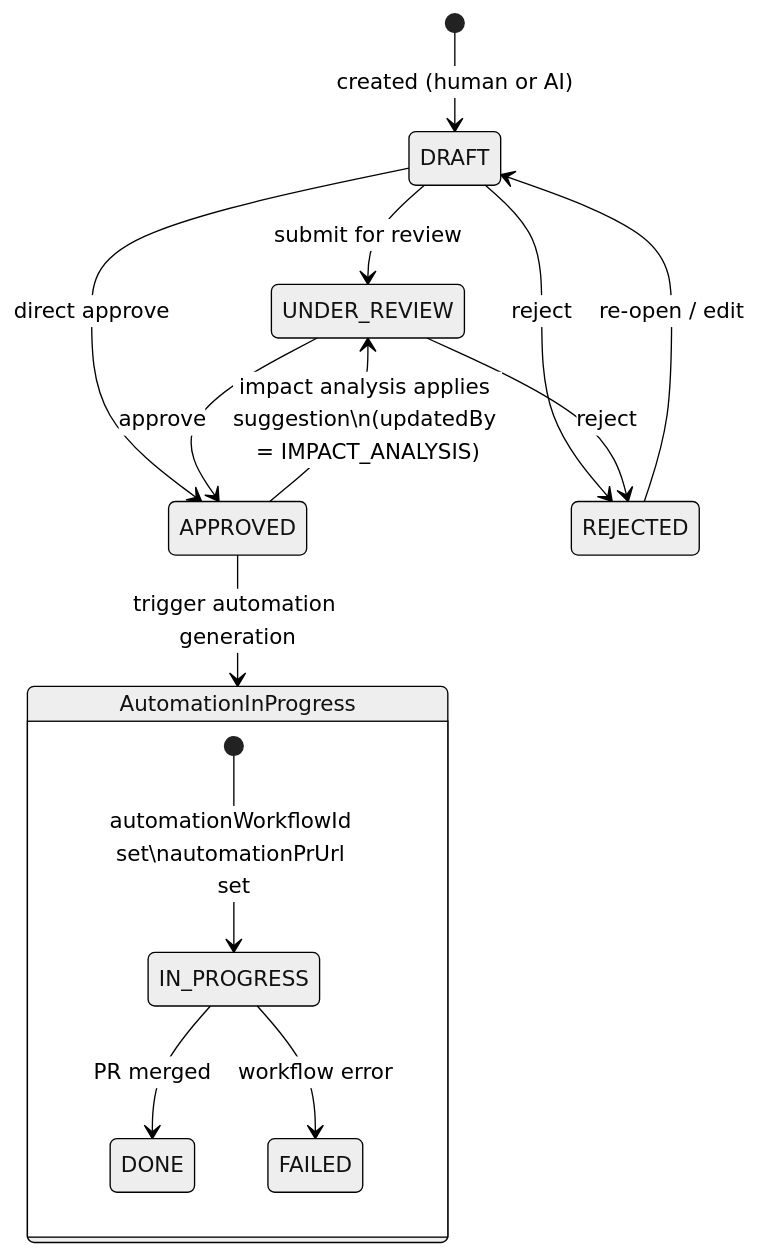
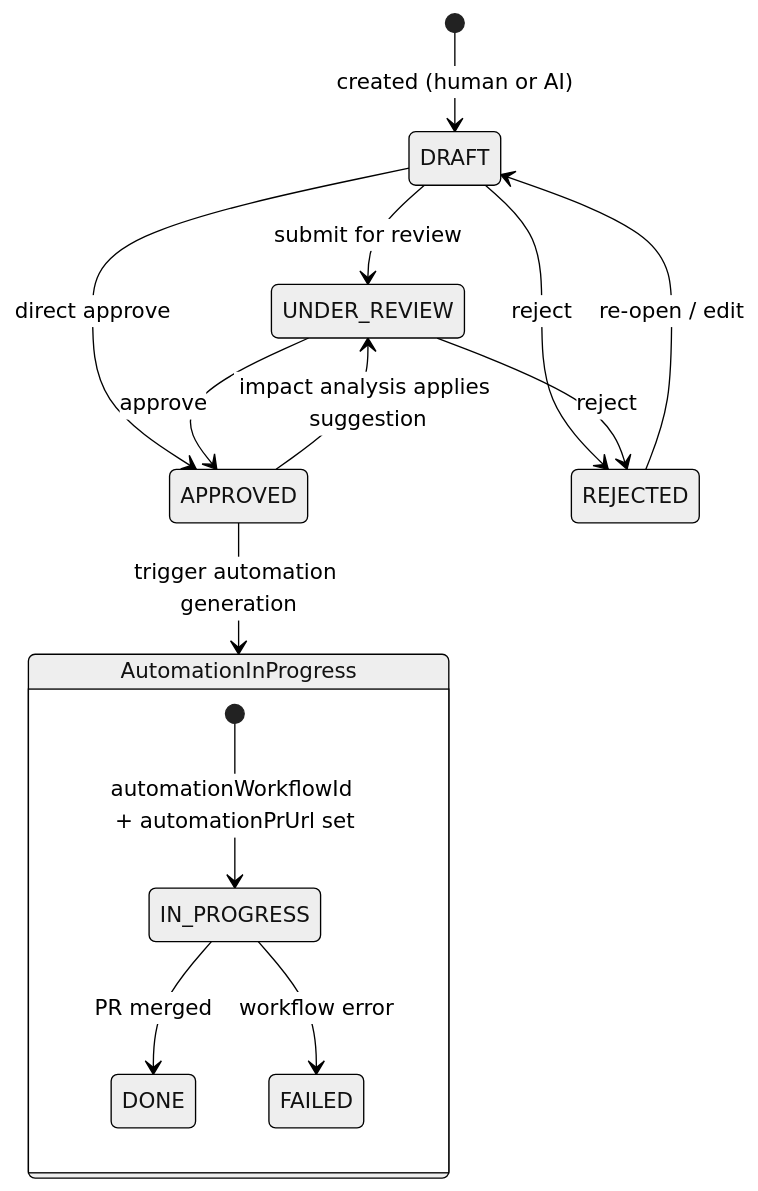
Before and after one commit to NDViet/test-automation-platform: the sixth of 13 diagrams in docs/system-architecture-current.md, drawn with Mermaid (neutral theme). The commit also changed other lines of this file and 4 other files, not shown here.

Commit message:
Update current system architecture

````diff
--- a/docs/system-architecture-current.md
+++ b/docs/system-architecture-current.md
@@ -345,22 +345,22 @@
 ```mermaid
 stateDiagram-v2
     [*] --> DRAFT : created (human or AI)
 
     DRAFT --> UNDER_REVIEW : submit for review
     DRAFT --> APPROVED : direct approve
     DRAFT --> REJECTED : reject
 
     UNDER_REVIEW --> APPROVED : approve
     UNDER_REVIEW --> REJECTED : reject
 
-    APPROVED --> UNDER_REVIEW : impact analysis applies suggestion\n(updatedBy = IMPACT_ANALYSIS)
+    APPROVED --> UNDER_REVIEW : impact analysis applies suggestion
 
     APPROVED --> AutomationInProgress : trigger automation generation
     state AutomationInProgress {
-        [*] --> IN_PROGRESS : automationWorkflowId set\nautomationPrUrl set
+        [*] --> IN_PROGRESS : automationWorkflowId + automationPrUrl set
         IN_PROGRESS --> DONE : PR merged
         IN_PROGRESS --> FAILED : workflow error
     }
 
     REJECTED --> DRAFT : re-open / edit
 ```
````
